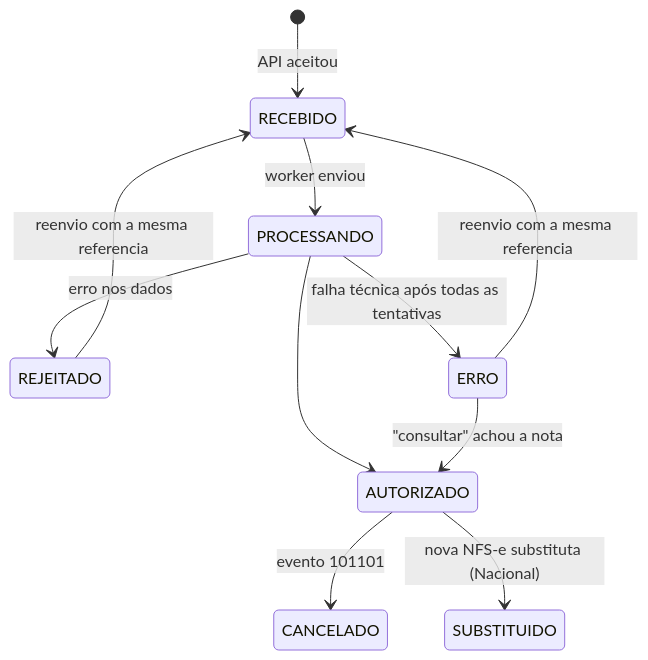
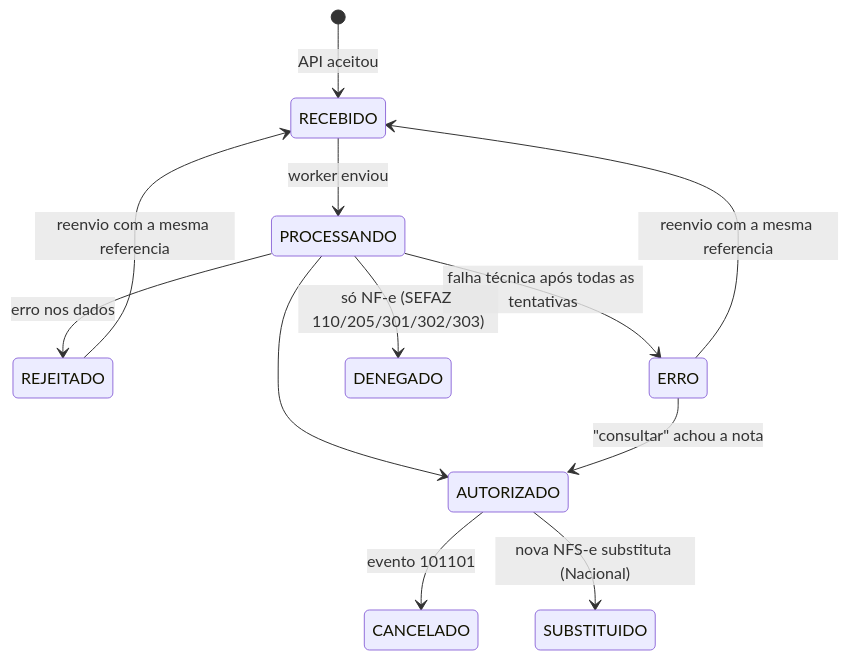
Before and after one commit to xandebbmp/nfe-integracao: the third of 3 diagrams in docs/nfse-arquitetura.md, drawn with Mermaid. The commit also changed other lines of this file and 33 other files, not shown here.

````diff
--- a/docs/nfse-arquitetura.md
+++ b/docs/nfse-arquitetura.md
@@ -154,13 +189,14 @@
 ```mermaid
 stateDiagram-v2
     [*] --> RECEBIDO: API aceitou
     RECEBIDO --> PROCESSANDO: worker enviou
     PROCESSANDO --> AUTORIZADO
     PROCESSANDO --> REJEITADO: erro nos dados
     PROCESSANDO --> ERRO: falha técnica após todas as tentativas
     REJEITADO --> RECEBIDO: reenvio com a mesma referencia
     ERRO --> RECEBIDO: reenvio com a mesma referencia
     ERRO --> AUTORIZADO: "consultar" achou a nota
     AUTORIZADO --> CANCELADO: evento 101101
     AUTORIZADO --> SUBSTITUIDO: nova NFS-e substituta (Nacional)
+    PROCESSANDO --> DENEGADO: só NF-e (SEFAZ 110/205/301/302/303)
 ```
````
